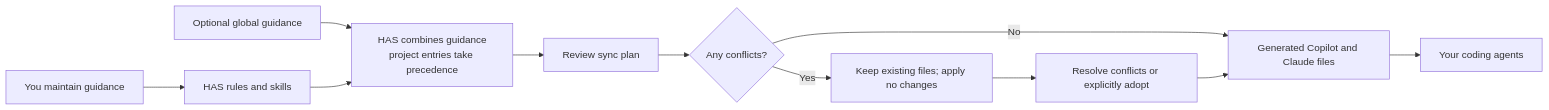
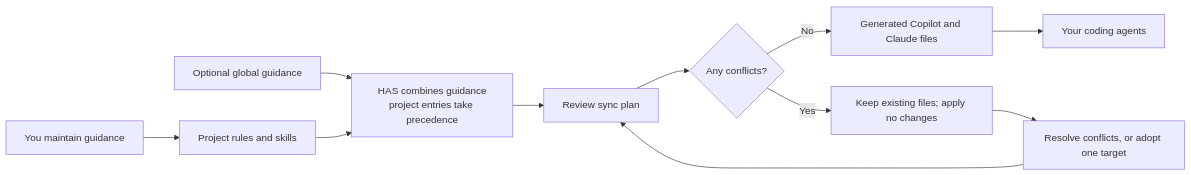
The diagram in README.md (Fabr1ce/human-agent-space), drawn with Mermaid before and after one commit.

Commit message:
docs(spec): clarify diagram conflict recovery

````diff
--- a/README.md
+++ b/README.md
@@ -14,13 +14,13 @@
 ```mermaid
 flowchart LR
-  person["You maintain guidance"] --> canonical["HAS rules and skills"]
+  person["You maintain guidance"] --> project["Project rules and skills"]
   global["Optional global guidance"] --> combine["HAS combines guidance<br/>project entries take precedence"]
-  canonical --> combine
+  project --> combine
   combine --> preview["Review sync plan"]
   preview --> decision{"Any conflicts?"}
   decision -- No --> generated["Generated Copilot and Claude files"]
   generated --> agents["Your coding agents"]
   decision -- Yes --> preserved["Keep existing files; apply no changes"]
-  preserved --> resolve["Resolve conflicts or explicitly adopt"]
-  resolve --> generated
+  preserved --> resolve["Resolve conflicts, or adopt one target"]
+  resolve --> preview
 ```
````
